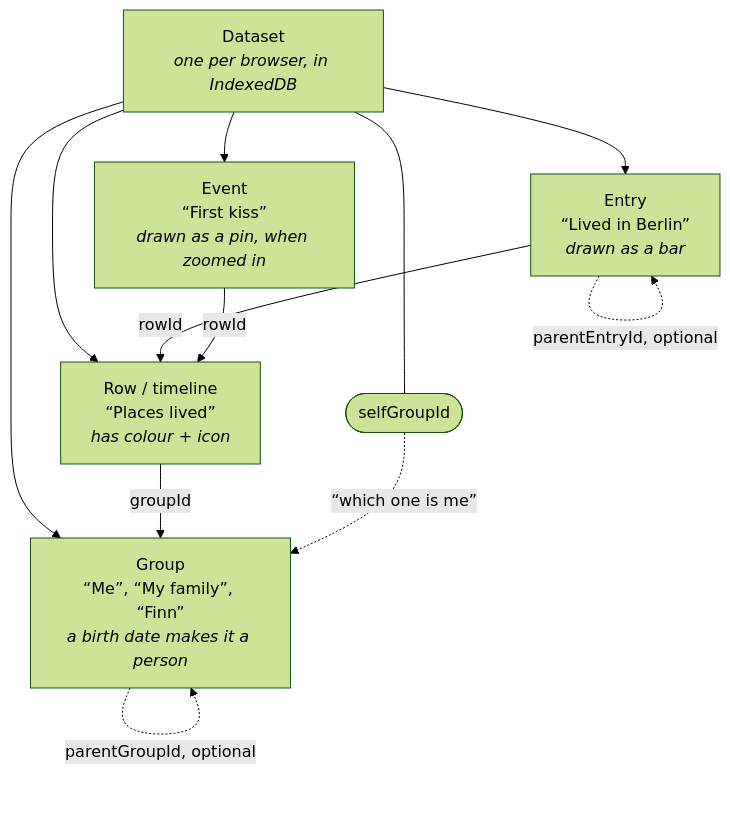
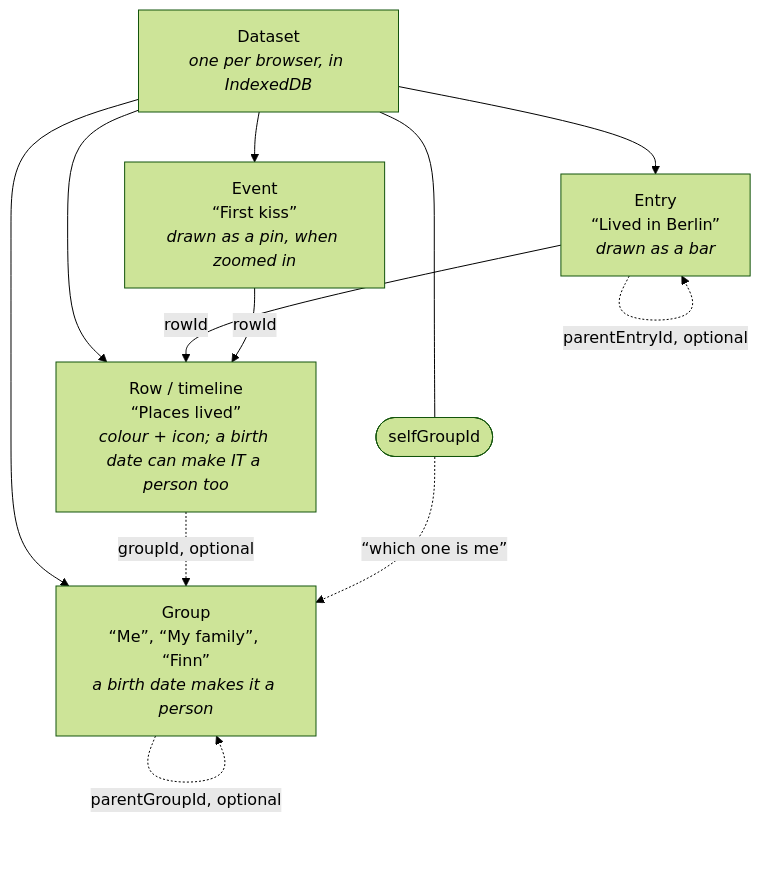
Before and after one commit to JannikArndt/Chronicle: the first of 2 diagrams in docs/GLOSSARY.md, drawn with Mermaid (forest theme). The commit also changed other lines of this file and 40 other files, not shown here.

````diff
--- a/docs/GLOSSARY.md
+++ b/docs/GLOSSARY.md
@@ -10,17 +10,17 @@
 ```mermaid
 graph TD
     D[Dataset<br/><i>one per browser, in IndexedDB</i>]
     D --> G[Group<br/>“Me”, “My family”, “Finn”<br/><i>a birth date makes it a person</i>]
-    D --> R[Row / timeline<br/>“Places lived”<br/><i>has colour + icon</i>]
+    D --> R[Row / timeline<br/>“Places lived”<br/><i>colour + icon; a birth date can make IT a person too</i>]
     D --> E[Entry<br/>“Lived in Berlin”<br/><i>drawn as a bar</i>]
     D --> V[Event<br/>“First kiss”<br/><i>drawn as a pin, when zoomed in</i>]
 
     E -->|rowId| R
     V -->|rowId| R
-    R -->|groupId| G
+    R -.->|groupId, optional| G
     G -.->|parentGroupId, optional| G
     E -.->|parentEntryId, optional| E
 
     S([selfGroupId]) -.->|“which one is me”| G
     D --- S
 ```
````
